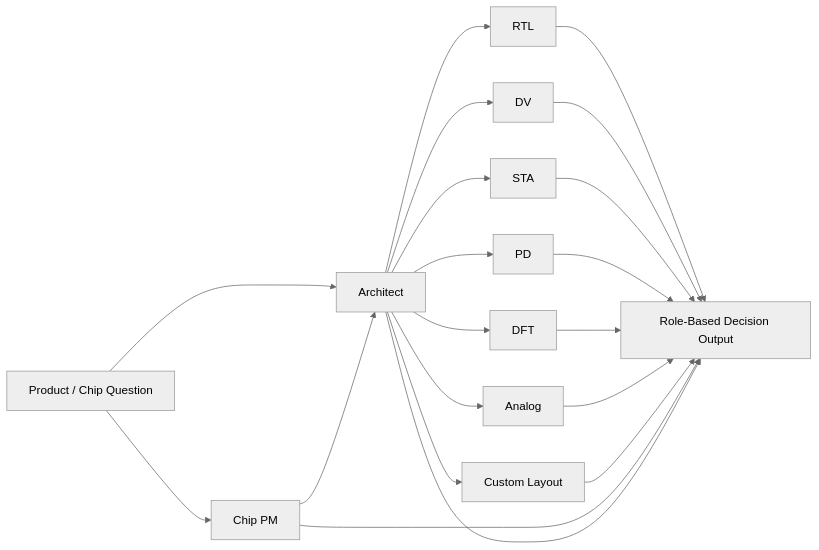
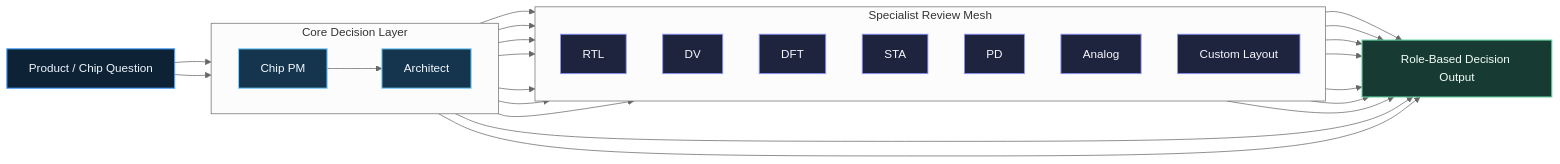
The diagram in README.md (kichy-ge/openclaw-chip-agent-team), drawn with Mermaid (neutral theme) before and after one commit. The commit also changed 1 other file, not shown here.

Commit message:
docs: improve team overview diagram

````diff
--- a/README.md
+++ b/README.md
@@ -54,22 +54,54 @@
 ```mermaid
 flowchart LR
-    U["Product / Chip Question"] --> PM["Chip PM"]
-    U --> ARC["Architect"]
+    classDef input fill:#0e2236,stroke:#4aa3ff,color:#eef7ff,stroke-width:1.5px;
+    classDef core fill:#15354f,stroke:#79d2ff,color:#f5fbff,stroke-width:1.5px;
+    classDef specialist fill:#1e243d,stroke:#8c93ff,color:#f7f7ff,stroke-width:1.2px;
+    classDef output fill:#173b32,stroke:#63d2a1,color:#f3fff8,stroke-width:1.5px;
+
+    U["Product / Chip Question"]
+    SUM["Role-Based Decision Output"]
+
+    subgraph CORE["Core Decision Layer"]
+        direction LR
+        PM["Chip PM"]
+        ARC["Architect"]
+    end
+
+    subgraph SPEC["Specialist Review Mesh"]
+        direction TB
+        RTL["RTL"]
+        DV["DV"]
+        DFT["DFT"]
+        STA["STA"]
+        PD["PD"]
+        ANA["Analog"]
+        CL["Custom Layout"]
+    end
+
+    U --> PM
+    U --> ARC
     PM --> ARC
-    ARC --> RTL["RTL"]
-    ARC --> DV["DV"]
-    ARC --> STA["STA"]
-    ARC --> PD["PD"]
-    ARC --> DFT["DFT"]
-    ARC --> ANA["Analog"]
-    ARC --> CL["Custom Layout"]
-    RTL --> SUM["Role-Based Decision Output"]
+
+    ARC --> RTL
+    ARC --> DV
+    ARC --> DFT
+    ARC --> STA
+    ARC --> PD
+    ARC --> ANA
+    ARC --> CL
+
+    PM --> SUM
+    ARC --> SUM
+    RTL --> SUM
     DV --> SUM
+    DFT --> SUM
     STA --> SUM
     PD --> SUM
-    DFT --> SUM
     ANA --> SUM
     CL --> SUM
-    PM --> SUM
-    ARC --> SUM
+
+    class U input;
+    class PM,ARC core;
+    class RTL,DV,DFT,STA,PD,ANA,CL specialist;
+    class SUM output;
 ```
````
